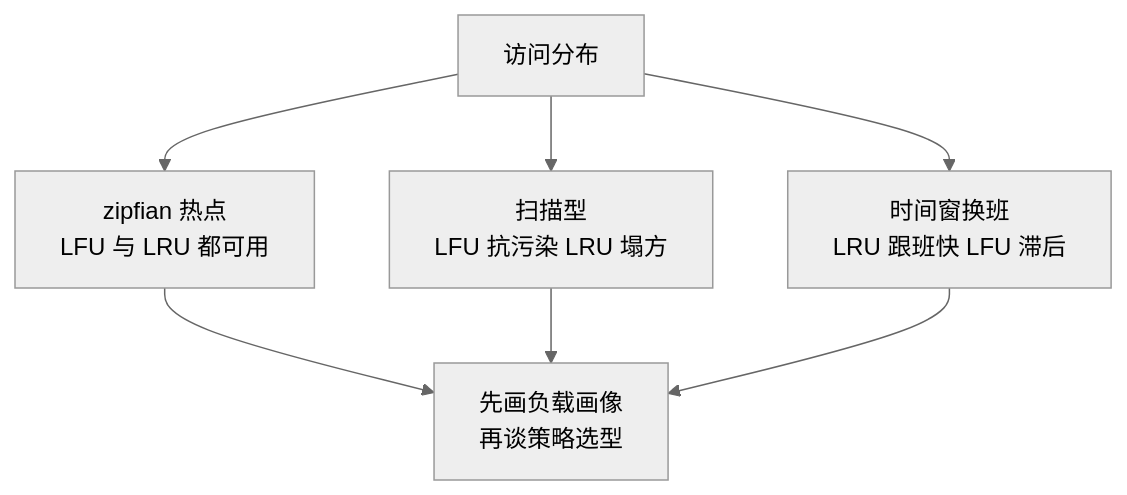
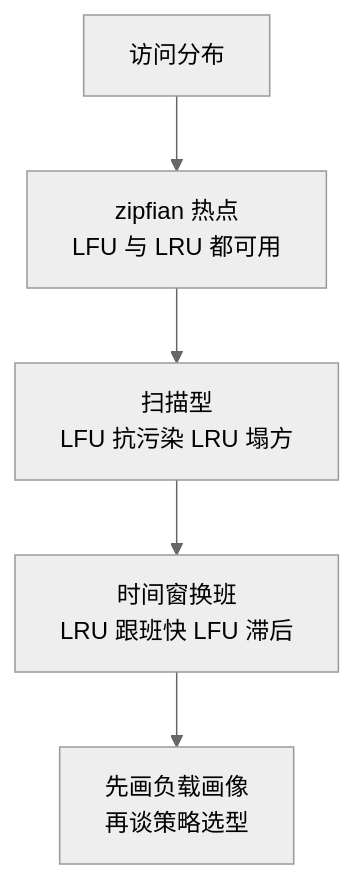
The first of 2 diagrams in vault/工程知识/性能工程：从用户等待到资源瓶颈/存储与网络/cache分配策略与命中率：LFU与LRU的实证对比.md (hub138/technical-knowledge), drawn with Mermaid (neutral theme) before and after one commit. The commit also changed other lines of this file and 622 other files, not shown here.

````diff
--- a/vault/工程知识/性能工程：从用户等待到资源瓶颈/存储与网络/cache分配策略与命中率：LFU与LRU的实证对比.md
+++ b/vault/工程知识/性能工程：从用户等待到资源瓶颈/存储与网络/cache分配策略与命中率：LFU与LRU的实证对比.md
@@ -35,9 +47,7 @@
 ```mermaid
 flowchart TB
     a["访问分布"] --> b1["zipfian 热点<br/>LFU 与 LRU 都可用"]
-    a --> b2["扫描型<br/>LFU 抗污染 LRU 塌方"]
-    a --> b3["时间窗换班<br/>LRU 跟班快 LFU 滞后"]
-    b1 --> c["先画负载画像<br/>再谈策略选型"]
-    b2 --> c
-    b3 --> c
+    b1 --> b2["扫描型<br/>LFU 抗污染 LRU 塌方"]
+    b2 --> b3["时间窗换班<br/>LRU 跟班快 LFU 滞后"]
+    b3 --> c["先画负载画像<br/>再谈策略选型"]
 ```
````
